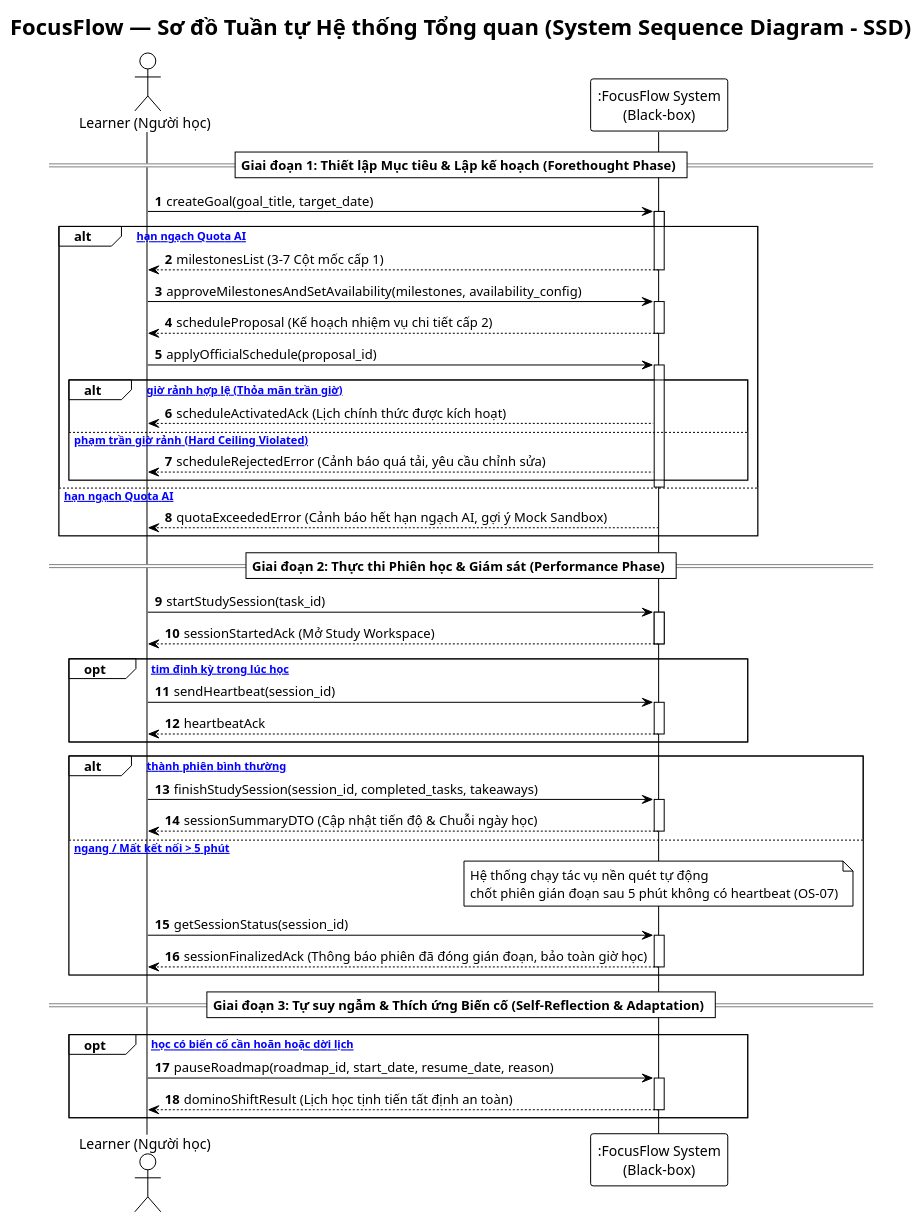
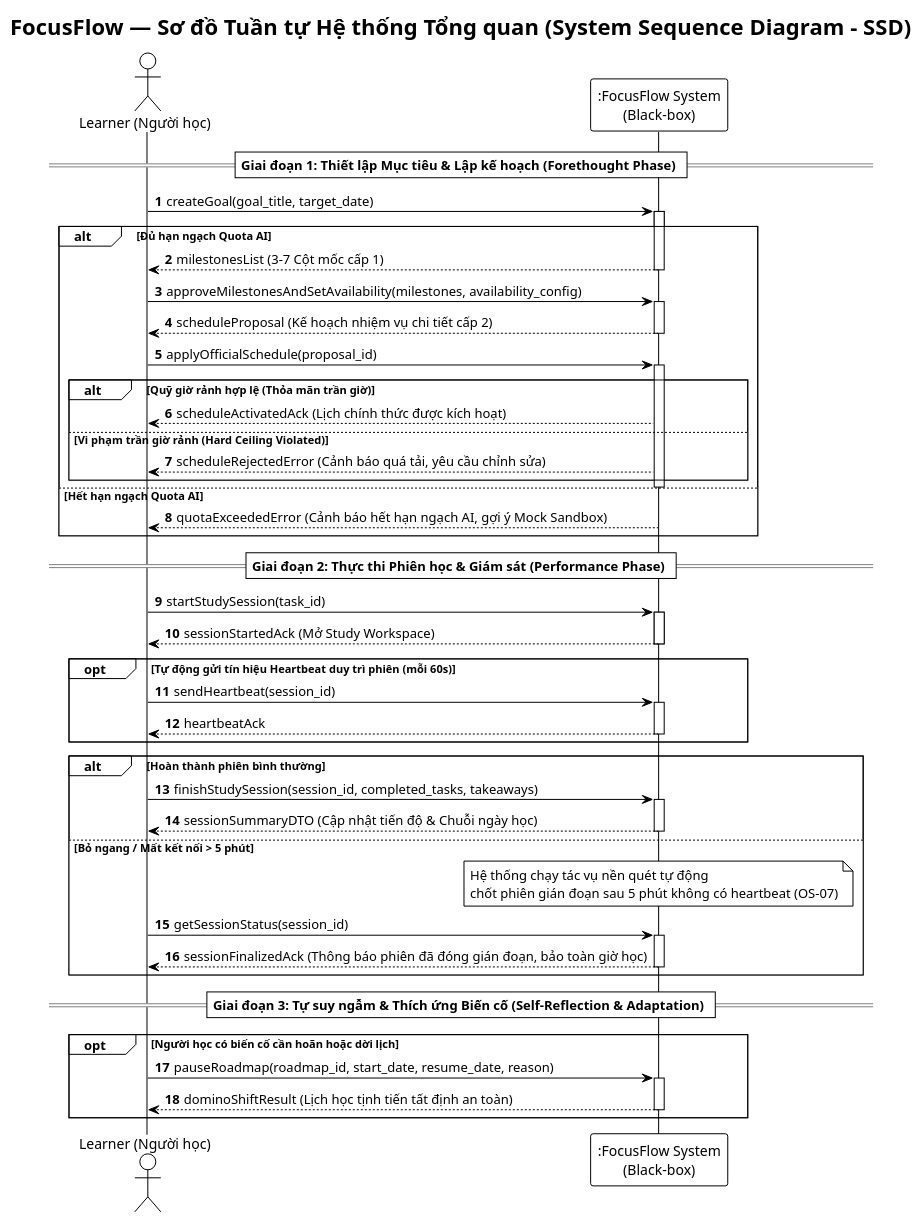
One commit to Coffat/FocusFlow changed the diagram in docs/uml/sequence/seq-00-system-sequence-diagram.puml. Above: the diagram before and after it, drawn with PlantUML. The commit also changed 83 other files, not shown here.

Commit message:
docs: audit and synchronize SRS, database schema, UML, and architectural specs

```diff
--- a/docs/uml/sequence/seq-00-system-sequence-diagram.puml
+++ b/docs/uml/sequence/seq-00-system-sequence-diagram.puml
@@ -1,74 +1,74 @@
 @startuml FocusFlow_SSD
 !theme plain
 autonumber
 skinparam BoxPadding 10
 skinparam ParticipantPadding 10
 skinparam ResponseMessageBelowArrow true
 
 title FocusFlow — Sơ đồ Tuần tự Hệ thống Tổng quan (System Sequence Diagram - SSD)
 
 actor "Learner (Người học)" as User
 participant ":FocusFlow System\n(Black-box)" as System
 
 == Giai đoạn 1: Thiết lập Mục tiêu & Lập kế hoạch (Forethought Phase) ==
 User -> System: createGoal(goal_title, target_date)
 activate System
 
-alt [Đủ hạn ngạch Quota AI]
+alt Đủ hạn ngạch Quota AI
     System --> User: milestonesList (3-7 Cột mốc cấp 1)
     deactivate System
 
     User -> System: approveMilestonesAndSetAvailability(milestones, availability_config)
     activate System
     System --> User: scheduleProposal (Kế hoạch nhiệm vụ chi tiết cấp 2)
     deactivate System
 
     User -> System: applyOfficialSchedule(proposal_id)
     activate System
 
-    alt [Quỹ giờ rảnh hợp lệ (Thỏa mãn trần giờ)]
+    alt Quỹ giờ rảnh hợp lệ (Thỏa mãn trần giờ)
         System --> User: scheduleActivatedAck (Lịch chính thức được kích hoạt)
-    else [Vi phạm trần giờ rảnh (Hard Ceiling Violated)]
+    else Vi phạm trần giờ rảnh (Hard Ceiling Violated)
         System --> User: scheduleRejectedError (Cảnh báo quá tải, yêu cầu chỉnh sửa)
     end
     deactivate System
-else [Hết hạn ngạch Quota AI]
+else Hết hạn ngạch Quota AI
     System --> User: quotaExceededError (Cảnh báo hết hạn ngạch AI, gợi ý Mock Sandbox)
     deactivate System
 end
 
 == Giai đoạn 2: Thực thi Phiên học & Giám sát (Performance Phase) ==
 User -> System: startStudySession(task_id)
 activate System
 System --> User: sessionStartedAck (Mở Study Workspace)
 deactivate System
 
-opt [Nhịp tim định kỳ trong lúc học]
+opt Tự động gửi tín hiệu Heartbeat duy trì phiên (mỗi 60s)
     User -> System: sendHeartbeat(session_id)
     activate System
     System --> User: heartbeatAck
     deactivate System
 end
 
-alt [Hoàn thành phiên bình thường]
+alt Hoàn thành phiên bình thường
     User -> System: finishStudySession(session_id, completed_tasks, takeaways)
     activate System
     System --> User: sessionSummaryDTO (Cập nhật tiến độ & Chuỗi ngày học)
     deactivate System
-else [Bỏ ngang / Mất kết nối > 5 phút]
+else Bỏ ngang / Mất kết nối > 5 phút
     note over System: Hệ thống chạy tác vụ nền quét tự động\nchốt phiên gián đoạn sau 5 phút không có heartbeat (OS-07)
     User -> System: getSessionStatus(session_id)
     activate System
     System --> User: sessionFinalizedAck (Thông báo phiên đã đóng gián đoạn, bảo toàn giờ học)
     deactivate System
 end
 
 == Giai đoạn 3: Tự suy ngẫm & Thích ứng Biến cố (Self-Reflection & Adaptation) ==
-opt [Người học có biến cố cần hoãn hoặc dời lịch]
+opt Người học có biến cố cần hoãn hoặc dời lịch
     User -> System: pauseRoadmap(roadmap_id, start_date, resume_date, reason)
     activate System
     System --> User: dominoShiftResult (Lịch học tịnh tiến tất định an toàn)
     deactivate System
 end
 
 @enduml
```
